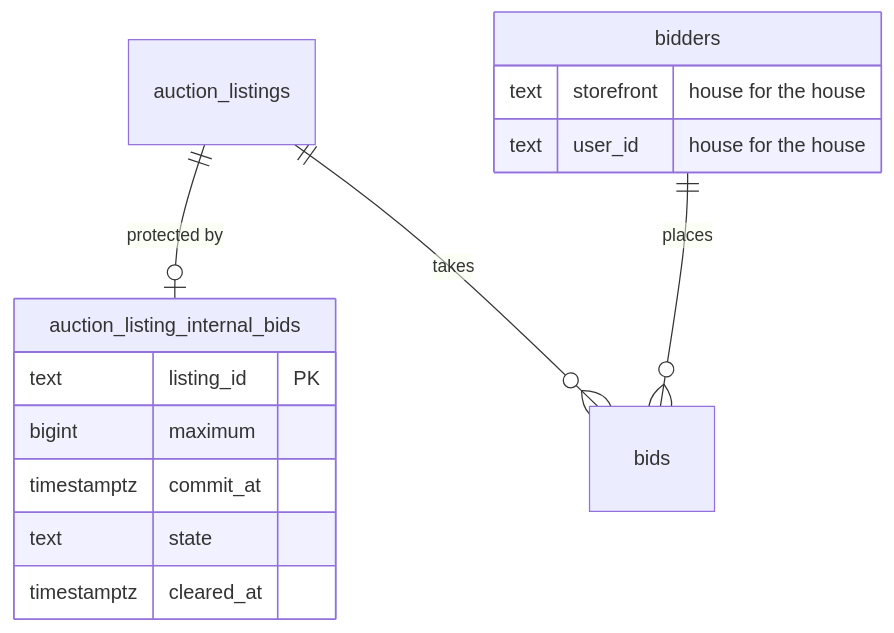
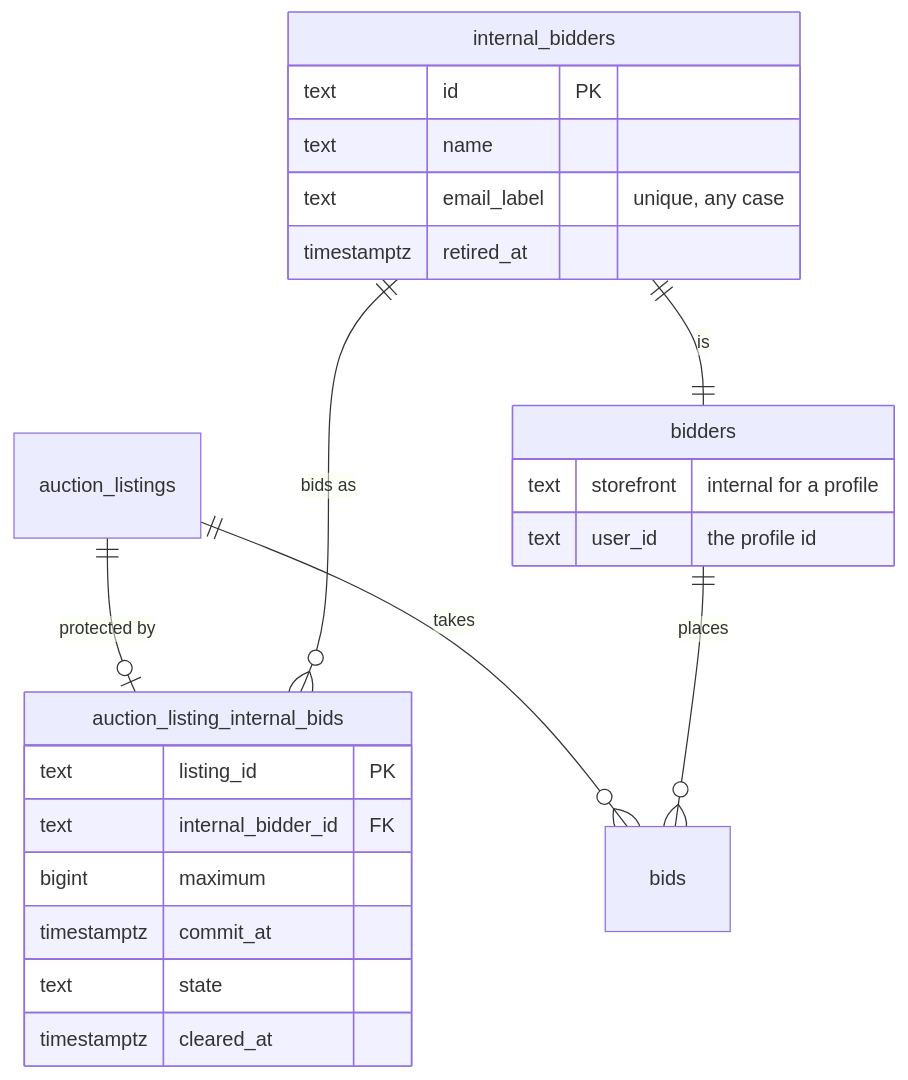
Before and after one commit to potzchan6969/grade10-spec: the diagram in openspec/changes/add-auction-internal-bid/tech-design.md, drawn with Mermaid. The commit also changed other lines of this file and 5 other files, not shown here.

Commit message:
docs(auction): plan internal bidder profiles in add-auction-internal-bid

````diff
--- a/openspec/changes/add-auction-internal-bid/tech-design.md
+++ b/openspec/changes/add-auction-internal-bid/tech-design.md
@@ -281,17 +364,26 @@
 ```mermaid
 erDiagram
   auction_listings ||--o| auction_listing_internal_bids : "protected by"
+  internal_bidders ||--o{ auction_listing_internal_bids : "bids as"
+  internal_bidders ||--|| bidders : "is"
   auction_listings ||--o{ bids : takes
   bidders ||--o{ bids : places
+  internal_bidders {
+    text id PK
+    text name
+    text email_label "unique, any case"
+    timestamptz retired_at
+  }
   bidders {
-    text storefront "house for the house"
-    text user_id "house for the house"
+    text storefront "internal for a profile"
+    text user_id "the profile id"
   }
   auction_listing_internal_bids {
     text listing_id PK
+    text internal_bidder_id FK
     bigint maximum
     timestamptz commit_at
     text state
     timestamptz cleared_at
   }
 ```
````
